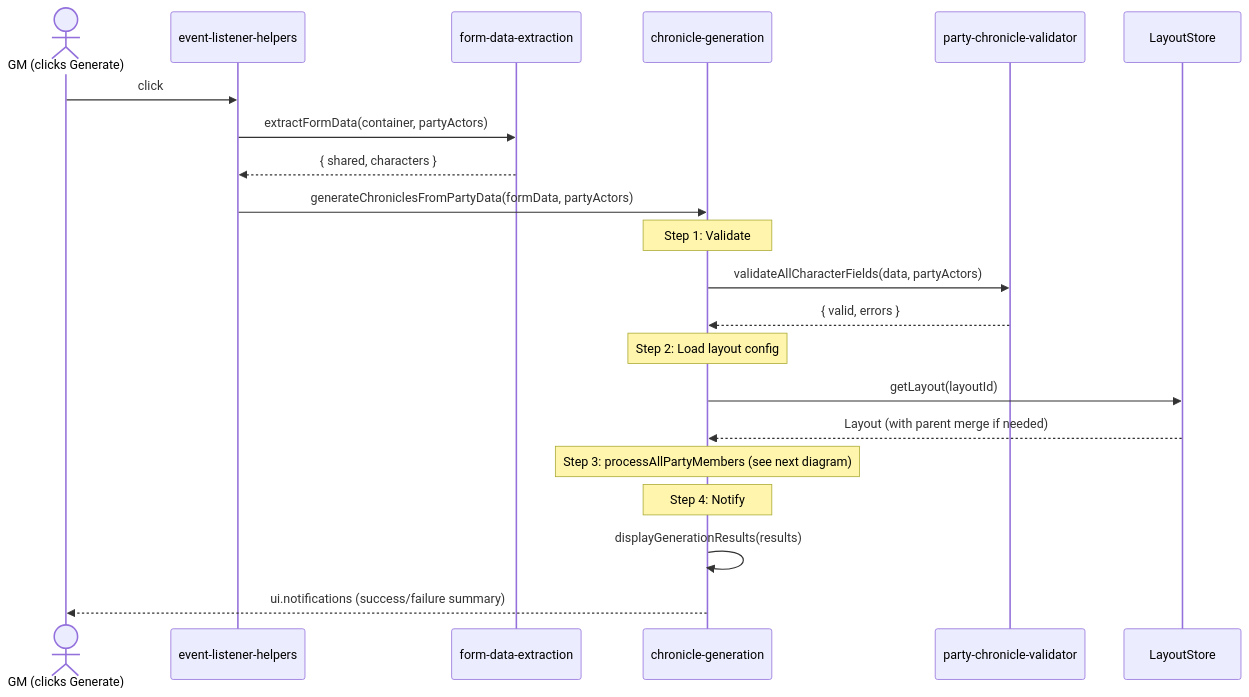
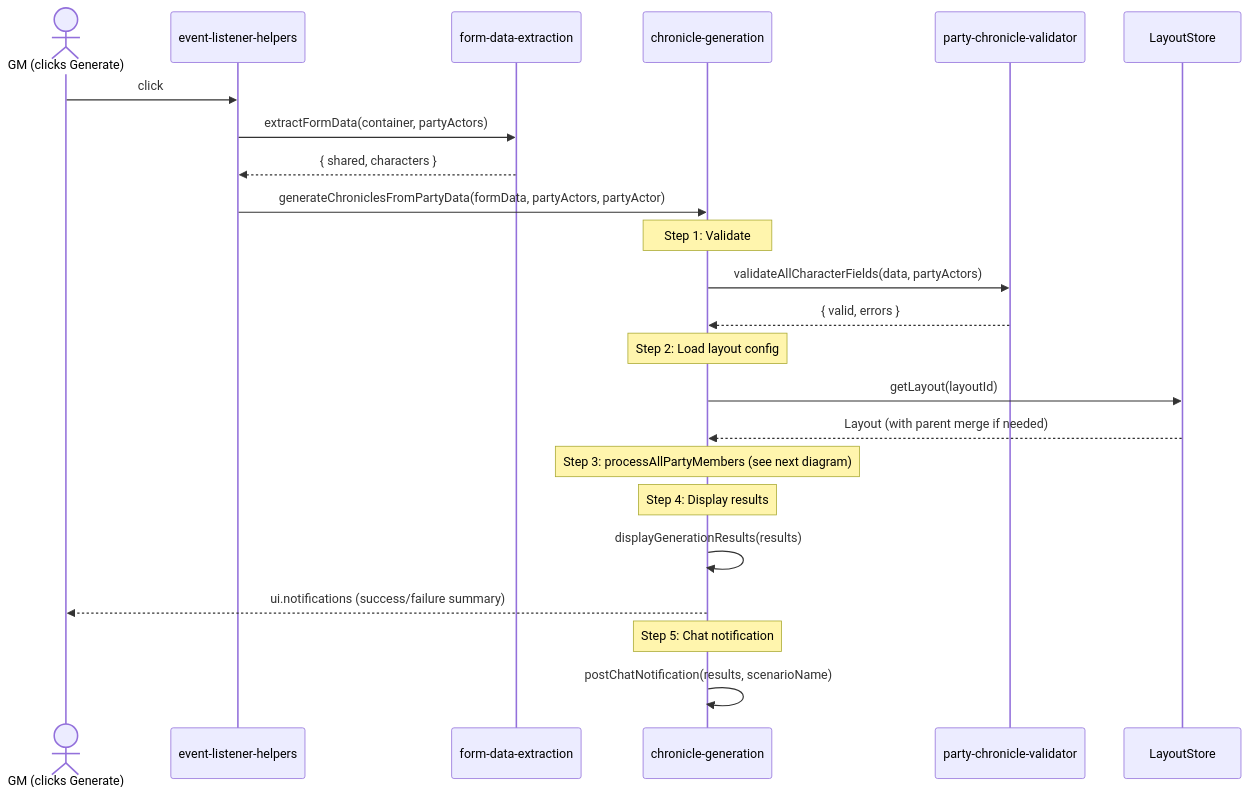
Before and after one commit to scooper4711/pfs-chronicle-generator: diagram 11 of 13 in ARCHITECTURE.md, drawn with Mermaid. The commit also changed other lines of this file, not shown here.

Commit message:
docs: updated architecture to reflect recent changes/features

````diff
--- a/ARCHITECTURE.md
+++ b/ARCHITECTURE.md
@@ -259,27 +443,30 @@
 ```mermaid
 sequenceDiagram
     actor GM as GM (clicks Generate)
     participant ELH as event-listener-helpers
     participant FDE as form-data-extraction
     participant CG as chronicle-generation
     participant PCV as party-chronicle-validator
     participant LS as LayoutStore
 
     GM->>ELH: click #generateChronicles
     ELH->>FDE: extractFormData(container, partyActors)
     FDE-->>ELH: { shared, characters }
-    ELH->>CG: generateChroniclesFromPartyData(formData, partyActors)
+    ELH->>CG: generateChroniclesFromPartyData(formData, partyActors, partyActor)
 
     note over CG: Step 1: Validate
     CG->>PCV: validateAllCharacterFields(data, partyActors)
     PCV-->>CG: { valid, errors }
 
     note over CG: Step 2: Load layout config
     CG->>LS: getLayout(layoutId)
     LS-->>CG: Layout (with parent merge if needed)
 
     note over CG: Step 3: processAllPartyMembers (see next diagram)
-    note over CG: Step 4: Notify
+    note over CG: Step 4: Display results
     CG->>CG: displayGenerationResults(results)
     CG-->>GM: ui.notifications (success/failure summary)
+
+    note over CG: Step 5: Chat notification
+    CG->>CG: postChatNotification(results, scenarioName)
 ```
````
